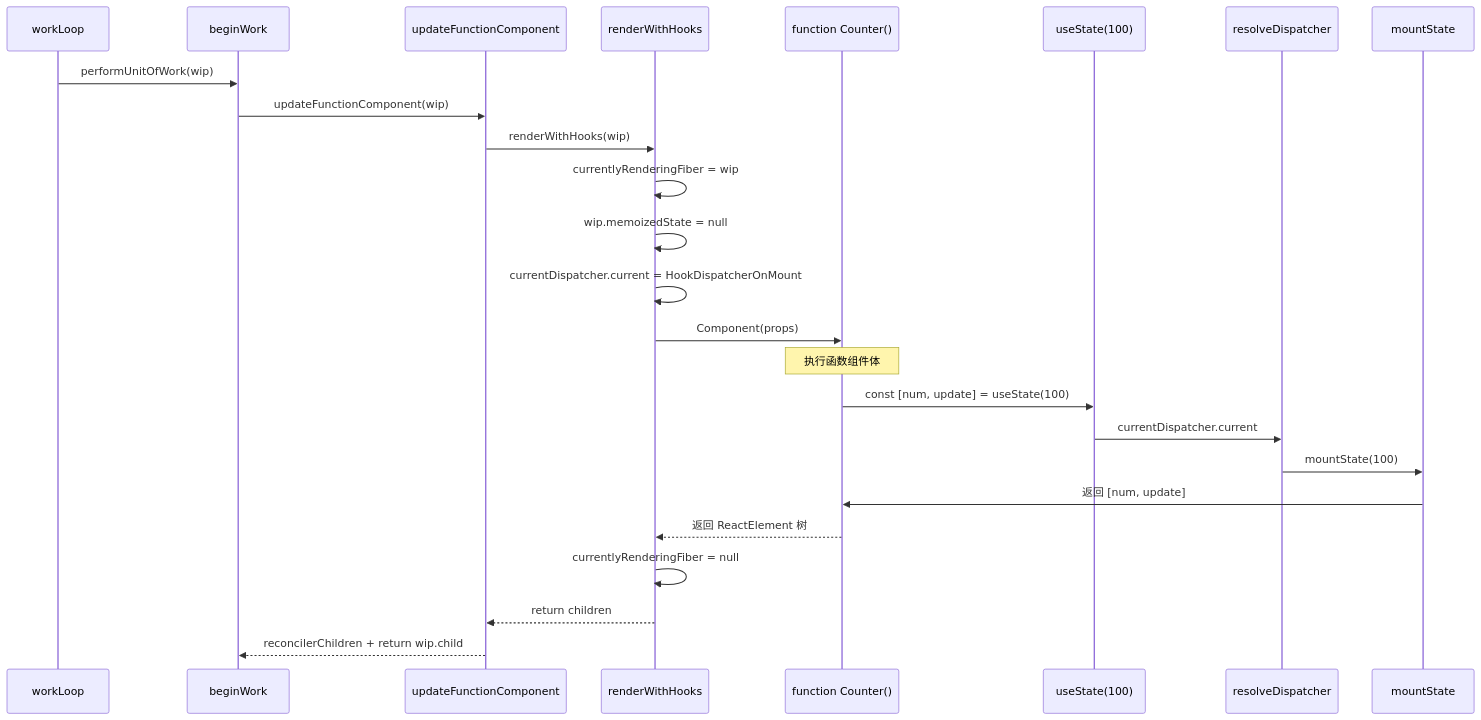
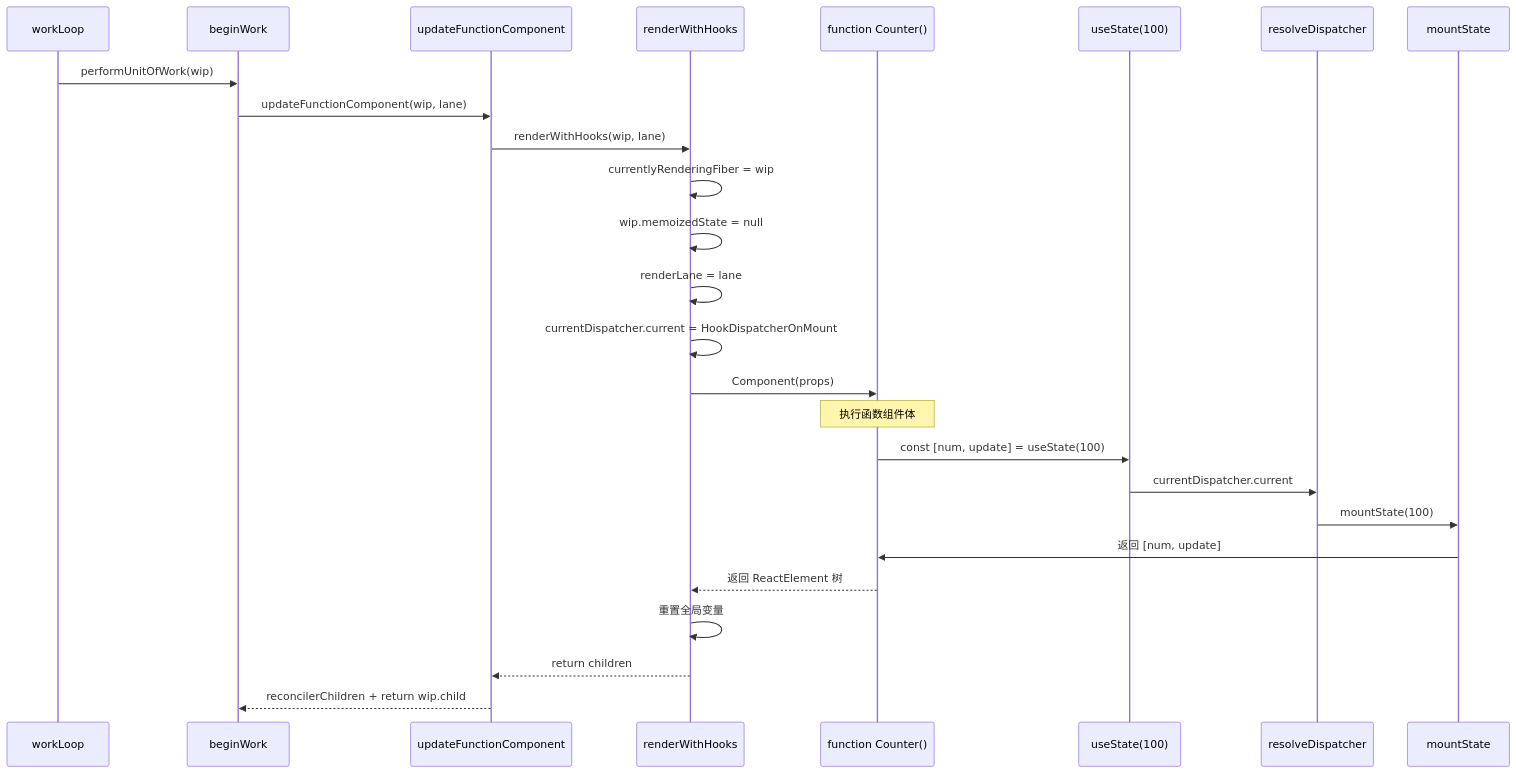
The second of 8 diagrams in docs/useState运作流程全解.md (SecondDragon/big-react), drawn with Mermaid before and after one commit. The commit also changed other lines of this file and 16 other files, not shown here.

````diff
--- a/docs/useState运作流程全解.md
+++ b/docs/useState运作流程全解.md
@@ -138,26 +153,27 @@
 ```mermaid
 sequenceDiagram
     participant WL as workLoop
     participant BW as beginWork
     participant UFC as updateFunctionComponent
     participant RWH as renderWithHooks
     participant Comp as function Counter()
     participant useState as useState(100)
 
     WL ->> BW: performUnitOfWork(wip)
-    BW ->> UFC: updateFunctionComponent(wip)
-    UFC ->> RWH: renderWithHooks(wip)
+    BW ->> UFC: updateFunctionComponent(wip, lane)
+    UFC ->> RWH: renderWithHooks(wip, lane)
     RWH ->> RWH: currentlyRenderingFiber = wip
     RWH ->> RWH: wip.memoizedState = null
+    RWH ->> RWH: renderLane = lane
     RWH ->> RWH: currentDispatcher.current = HookDispatcherOnMount
     RWH ->> Comp: Component(props)
     Note over Comp: 执行函数组件体
     Comp ->> useState: const [num, update] = useState(100)
     useState ->> resolveDispatcher: currentDispatcher.current
     resolveDispatcher ->> mountState: mountState(100)
     mountState ->> Comp: 返回 [num, update]
     Comp -->> RWH: 返回 ReactElement 树
-    RWH ->> RWH: currentlyRenderingFiber = null
+    RWH ->> RWH: 重置全局变量
     RWH -->> UFC: return children
     UFC -->> BW: reconcilerChildren + return wip.child
 ```
````
